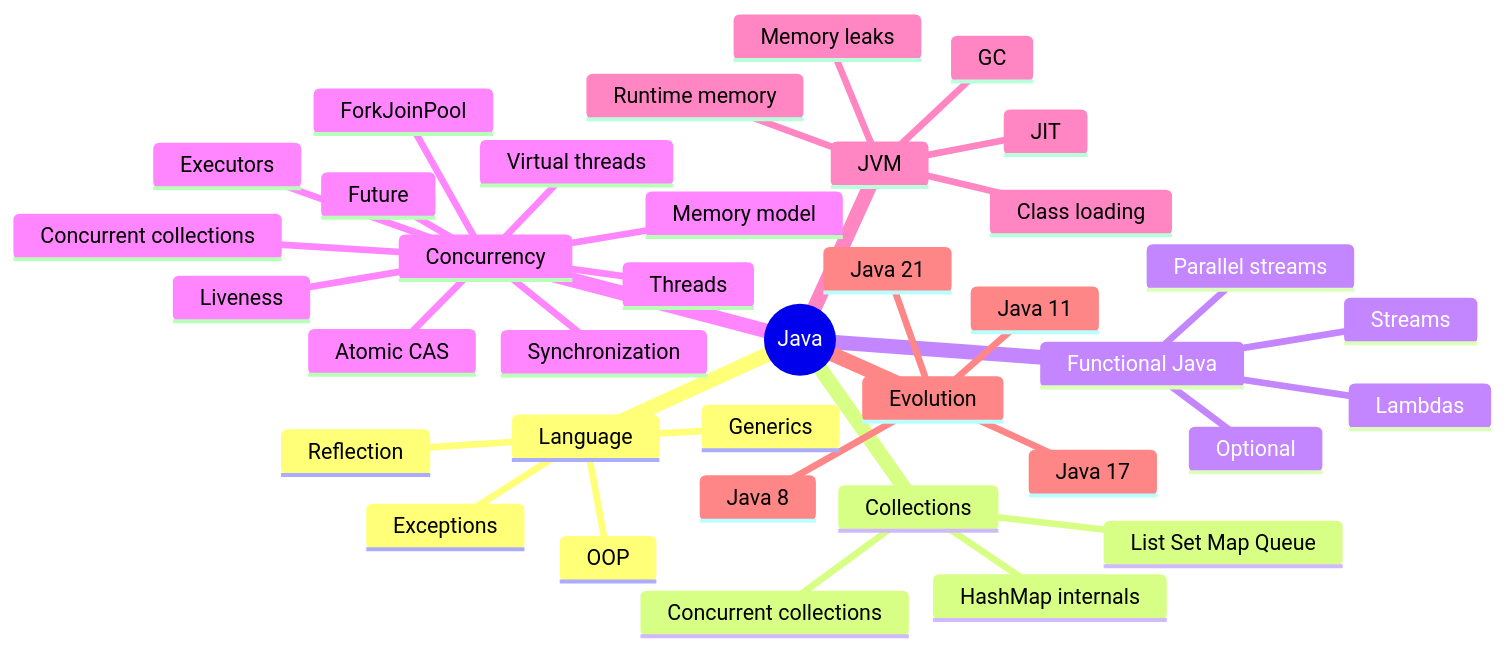
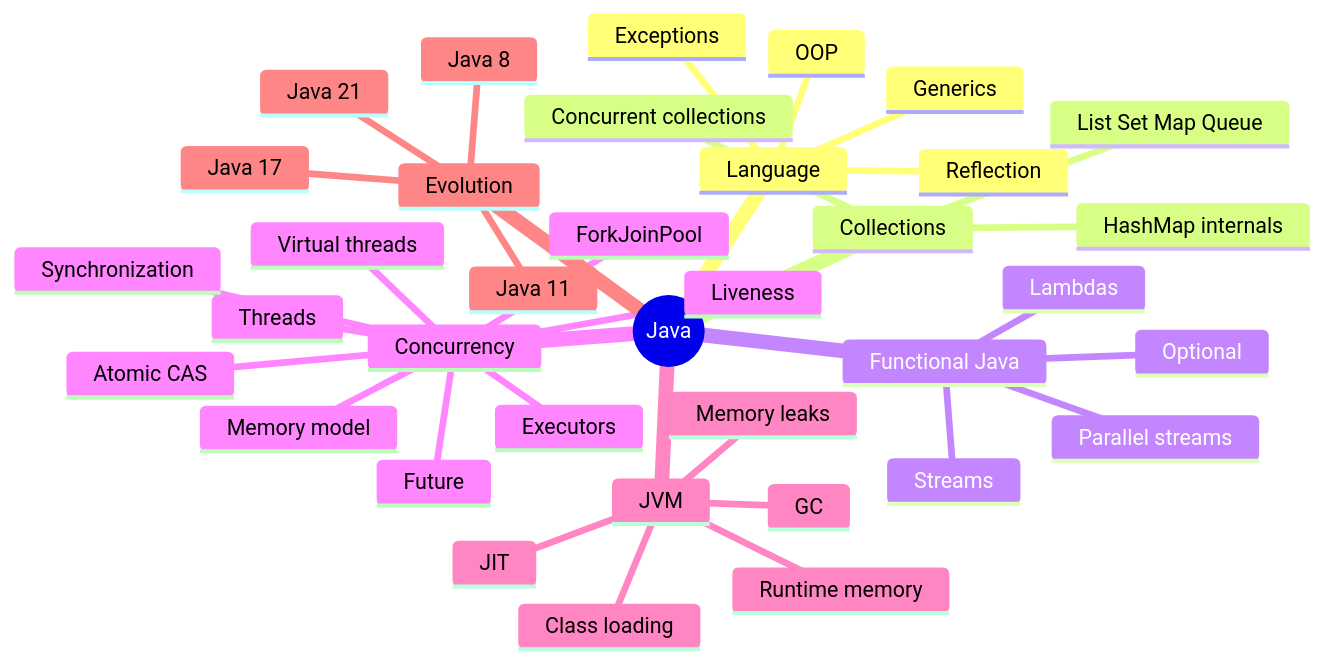
The diagram in 01_MAPS/Java Map.md (alimbetov/obsidian), drawn with Mermaid before and after one commit. The commit also changed other lines of this file, not shown here.

````diff
--- a/01_MAPS/Java Map.md
+++ b/01_MAPS/Java Map.md
@@ -12,40 +12,39 @@
 ```mermaid
 mindmap
   root((Java))
     Language
       OOP
       Generics
       Exceptions
       Reflection
     Collections
       List Set Map Queue
       HashMap internals
       Concurrent collections
     Functional Java
       Lambdas
       Streams
       Optional
       Parallel streams
     Concurrency
       Threads
       Memory model
       Synchronization
       Atomic CAS
       Liveness
-      Concurrent collections
       Executors
       Future
       ForkJoinPool
       Virtual threads
     JVM
       Class loading
       Runtime memory
       Memory leaks
       JIT
       GC
     Evolution
       Java 8
       Java 11
       Java 17
       Java 21
 ```
````
